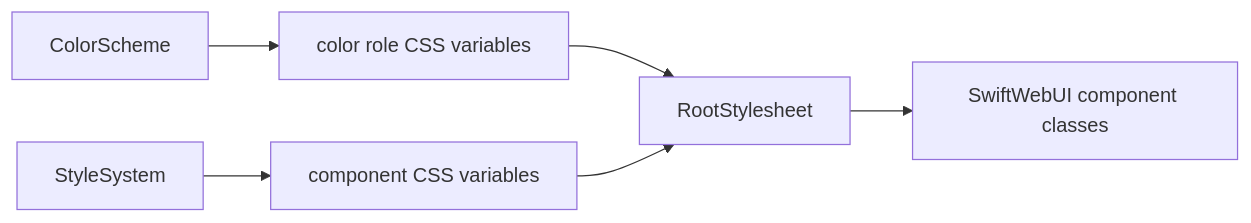
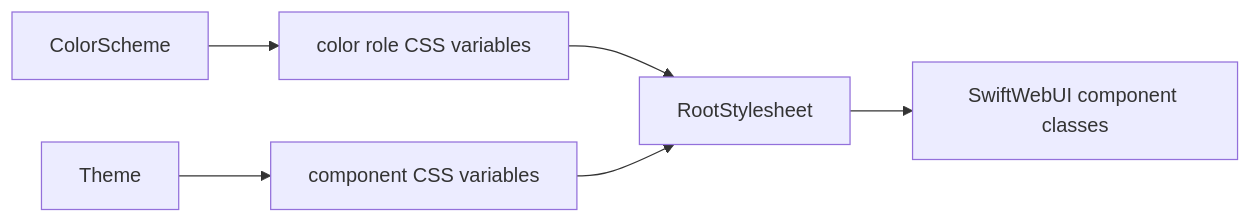
The fifth of 5 diagrams in docs/SwiftWebUICoreDesign.md (1amageek/swift-web), drawn with Mermaid before and after one commit. The commit also changed other lines of this file and 43 other files, not shown here.

First line of the commit message:
Rename StyleSystem to Theme

````diff
--- a/docs/SwiftWebUICoreDesign.md
+++ b/docs/SwiftWebUICoreDesign.md
@@ -270,8 +270,8 @@
 ```mermaid
 flowchart LR
     A["ColorScheme"] --> B["color role CSS variables"]
-    C["StyleSystem"] --> D["component CSS variables"]
+    C["Theme"] --> D["component CSS variables"]
     B --> E["RootStylesheet"]
     D --> E
     E --> F["SwiftWebUI component classes"]
 ```
````
